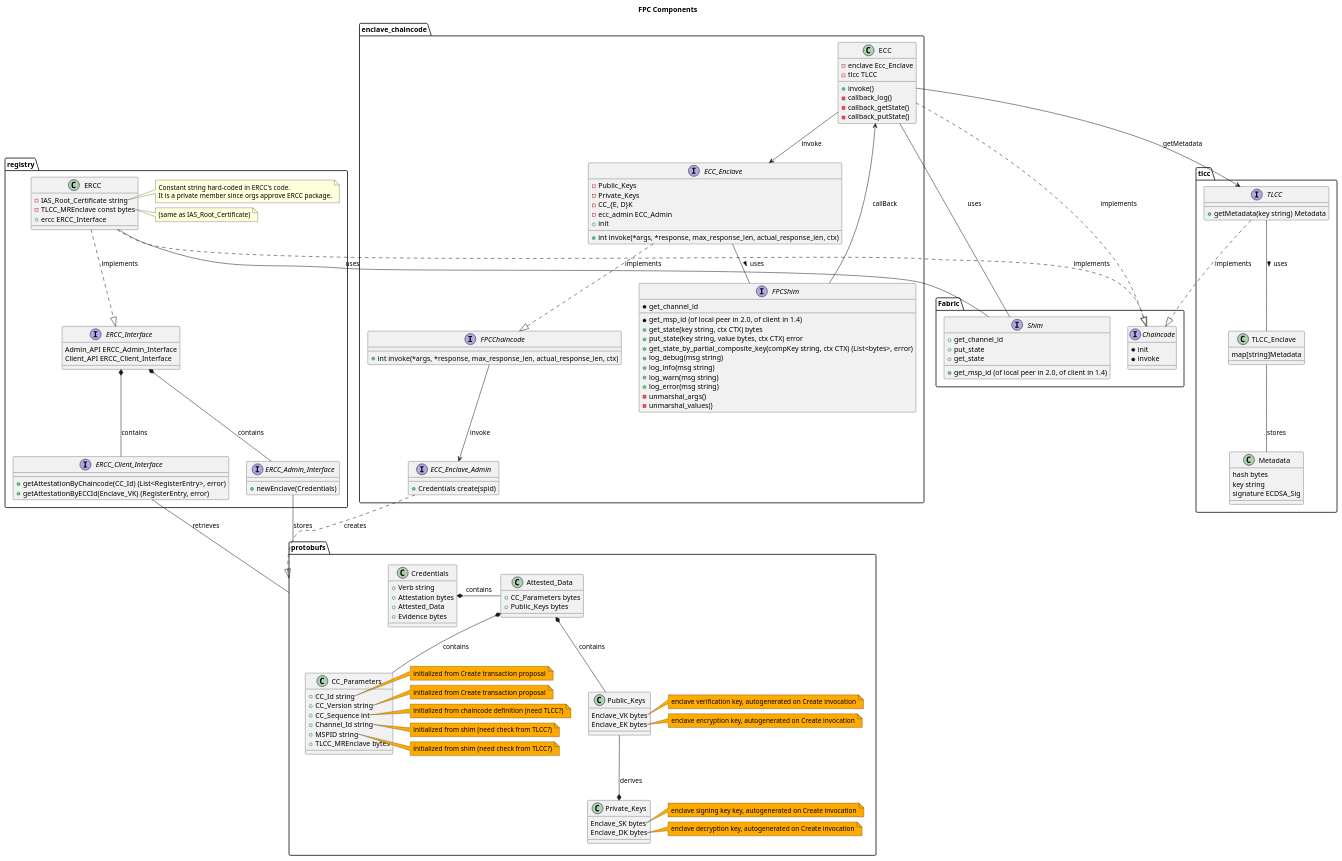
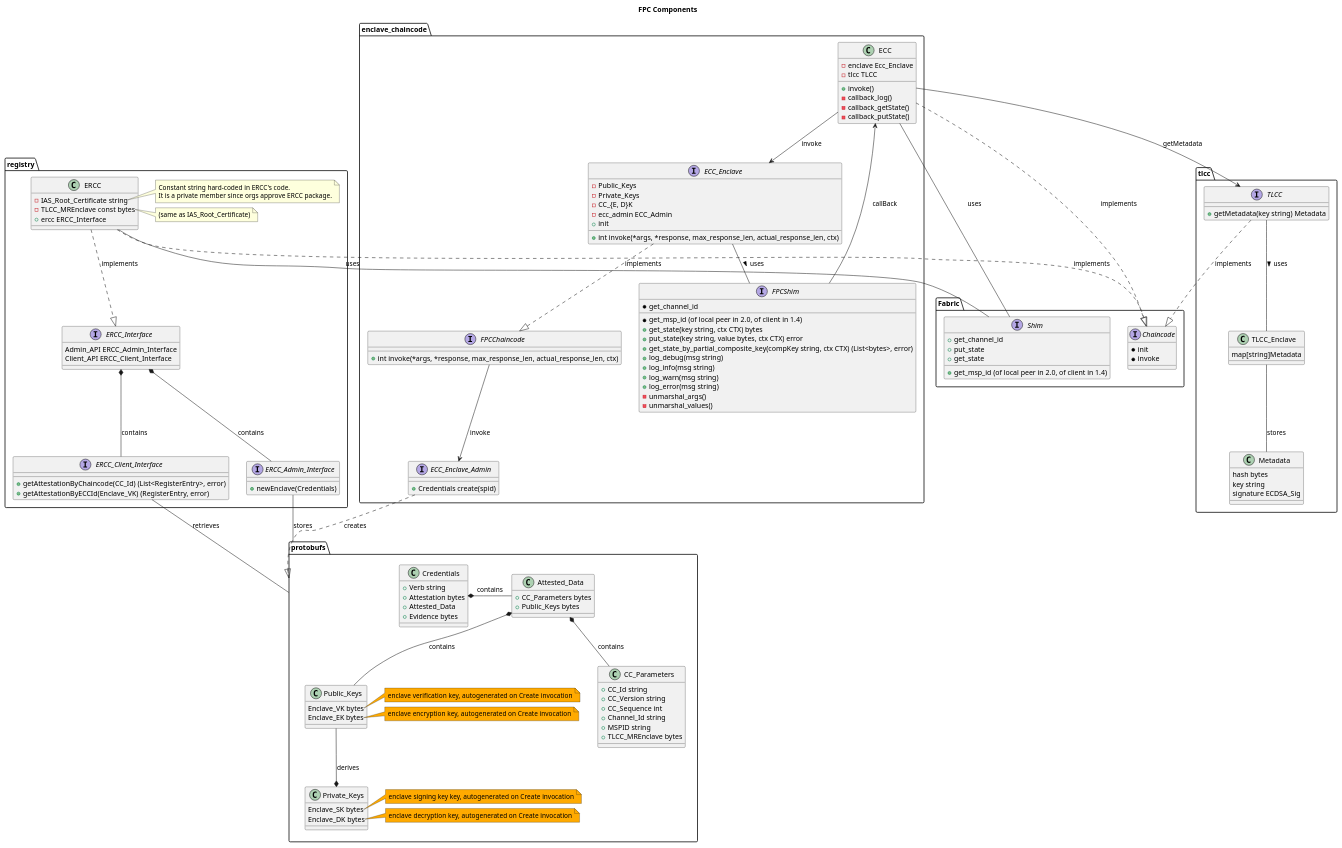
One commit to hyperledger/fabric-private-chaincode changed the diagram in docs/design/fabric-v2+/fpc-components.puml. Above: the diagram before and after it, drawn with PlantUML.

Commit message:
remove comments on CC_Parameters protobuf

```diff
--- a/docs/design/fabric-v2+/fpc-components.puml
+++ b/docs/design/fabric-v2+/fpc-components.puml
@@ -41,21 +41,6 @@
 Attested_Data *-down-  Public_Keys : contains
 Private_Keys *-up- Public_Keys : derives
 
-note right of CC_Parameters::CC_Id #FFaa00
-    initialized from Create transaction proposal
-end note
-note right of CC_Parameters::CC_Version #FFaa00
-    initialized from Create transaction proposal
-end note
-note right of CC_Parameters::CC_Sequence #FFaa00
-    initialized from chaincode definition (need TLCC?)
-end note
-note right of CC_Parameters::Channel_Id #FFaa00
-    initialized from shim (need check from TLCC?)
-end note
-note right of CC_Parameters::MSPID #FFaa00
-    initialized from shim (need check from TLCC?)
-end note
 note right of Public_Keys::Enclave_VK #FFaa00
     enclave verification key, autogenerated on Create invocation
 end note
```
